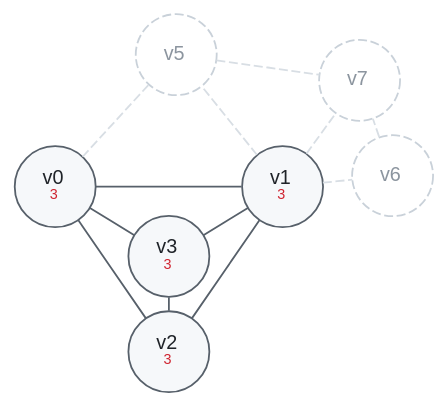
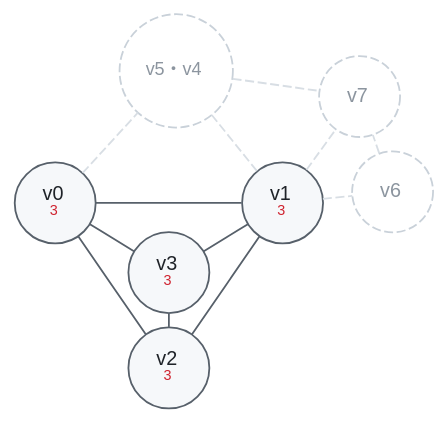
One commit to aita/CompLab changed the diagram in Sable/compiler/doc/figures/wt-5-stuck.dot. Above: the diagram before and after it, drawn with Graphviz. The commit also changed 8 other files, not shown here.

```diff
--- a/Sable/compiler/doc/figures/wt-5-stuck.dot
+++ b/Sable/compiler/doc/figures/wt-5-stuck.dot
@@ -1,36 +1,36 @@
 // One state of the worked example in doc/regalloc.md section 7.  K is 3.
 // The graph, the degrees and the order of the steps all come from
 // tests/walkthrough.exe; nothing here was worked out by hand.
 //
 // The wt-*.dot files share the style block and the pinned positions below;
 // keep them in step, or a node will jump from one panel to the next.
 // Render with ./render.sh (needs graphviz).
 graph wt {
   layout = neato;
   overlap = false;
   splines = true;
   bgcolor = "transparent";
   node [shape = circle, style = filled, fillcolor = "#f6f8fa",
         color = "#57606a", fontcolor = "#1f2328",
         fontname = "Helvetica", fontsize = 11, width = 0.62, fixedsize = true];
   edge [color = "#57606a", dir = none, fontname = "Helvetica", fontsize = 9];
   v0 [label = <v0<BR/><FONT POINT-SIZE="8" COLOR="#cf222e">3</FONT>>, fillcolor = "#f6f8fa", color = "#57606a" pos = "-1.55,0.1!"];
   v1 [label = <v1<BR/><FONT POINT-SIZE="8" COLOR="#cf222e">3</FONT>>, fillcolor = "#f6f8fa", color = "#57606a" pos = "1.55,0.1!"];
   v2 [label = <v2<BR/><FONT POINT-SIZE="8" COLOR="#cf222e">3</FONT>>, fillcolor = "#f6f8fa", color = "#57606a" pos = "0,-2.15!"];
   v3 [label = <v3<BR/><FONT POINT-SIZE="8" COLOR="#cf222e">3</FONT>>, fillcolor = "#f6f8fa", color = "#57606a" pos = "0,-0.85!"];
-  v5 [label = <<FONT COLOR="#8c959f">v5</FONT>>, style = "filled,dashed", fillcolor = "#ffffff", color = "#c9d1d9" pos = "0.1,1.9!"];
+  v5 [width = 0.88, fontsize = 10, label = <<FONT COLOR="#8c959f">v5・v4</FONT>>, style = "filled,dashed", fillcolor = "#ffffff", color = "#c9d1d9" pos = "0.1,1.9!"];
   v7 [label = <<FONT COLOR="#8c959f">v7</FONT>>, style = "filled,dashed", fillcolor = "#ffffff", color = "#c9d1d9" pos = "2.6,1.55!"];
   v6 [label = <<FONT COLOR="#8c959f">v6</FONT>>, style = "filled,dashed", fillcolor = "#ffffff", color = "#c9d1d9" pos = "3.05,0.25!"];
   v0 -- v1 [color = "#57606a"];
   v0 -- v2 [color = "#57606a"];
   v0 -- v3 [color = "#57606a"];
   v0 -- v5 [color = "#d8dee4", style = dashed];
   v1 -- v2 [color = "#57606a"];
   v1 -- v3 [color = "#57606a"];
   v1 -- v5 [color = "#d8dee4", style = dashed];
   v1 -- v6 [color = "#d8dee4", style = dashed];
   v1 -- v7 [color = "#d8dee4", style = dashed];
   v2 -- v3 [color = "#57606a"];
   v5 -- v7 [color = "#d8dee4", style = dashed];
   v6 -- v7 [color = "#d8dee4", style = dashed];
 }
```
